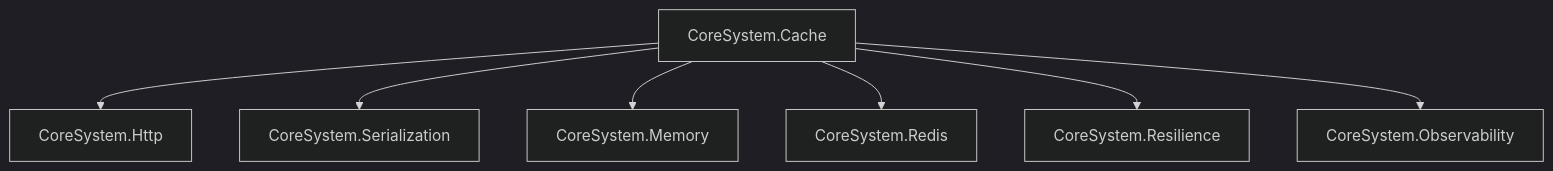
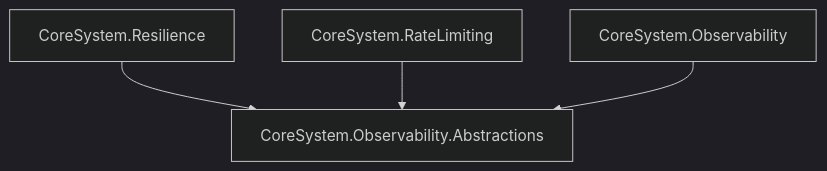
Before and after one commit to FEDERIN/CoreSystem: the diagram in docs/Guides/DependencyInjection.md, drawn with Mermaid (dark theme). The commit also changed other lines of this file and 22 other files, not shown here.

Commit message:
chore: remove stale CoreSystem.Cache and CoreSystem.Idempotency references

````diff
--- a/docs/Guides/DependencyInjection.md
+++ b/docs/Guides/DependencyInjection.md
@@ -59,11 +58,7 @@
 ```mermaid
 graph TD
 
-    Cache[CoreSystem.Cache]
-    Cache --> Http[CoreSystem.Http]
-    Cache --> Serialization[CoreSystem.Serialization]
-    Cache --> Memory[CoreSystem.Memory]
-    Cache --> Redis[CoreSystem.Redis]
-    Cache --> Resilience[CoreSystem.Resilience]
-    Cache --> Observability[CoreSystem.Observability]
+    Resilience[CoreSystem.Resilience] --> Abstractions[CoreSystem.Observability.Abstractions]
+    RateLimiting[CoreSystem.RateLimiting] --> Abstractions
+    Observability[CoreSystem.Observability] --> Abstractions
 ```
````
